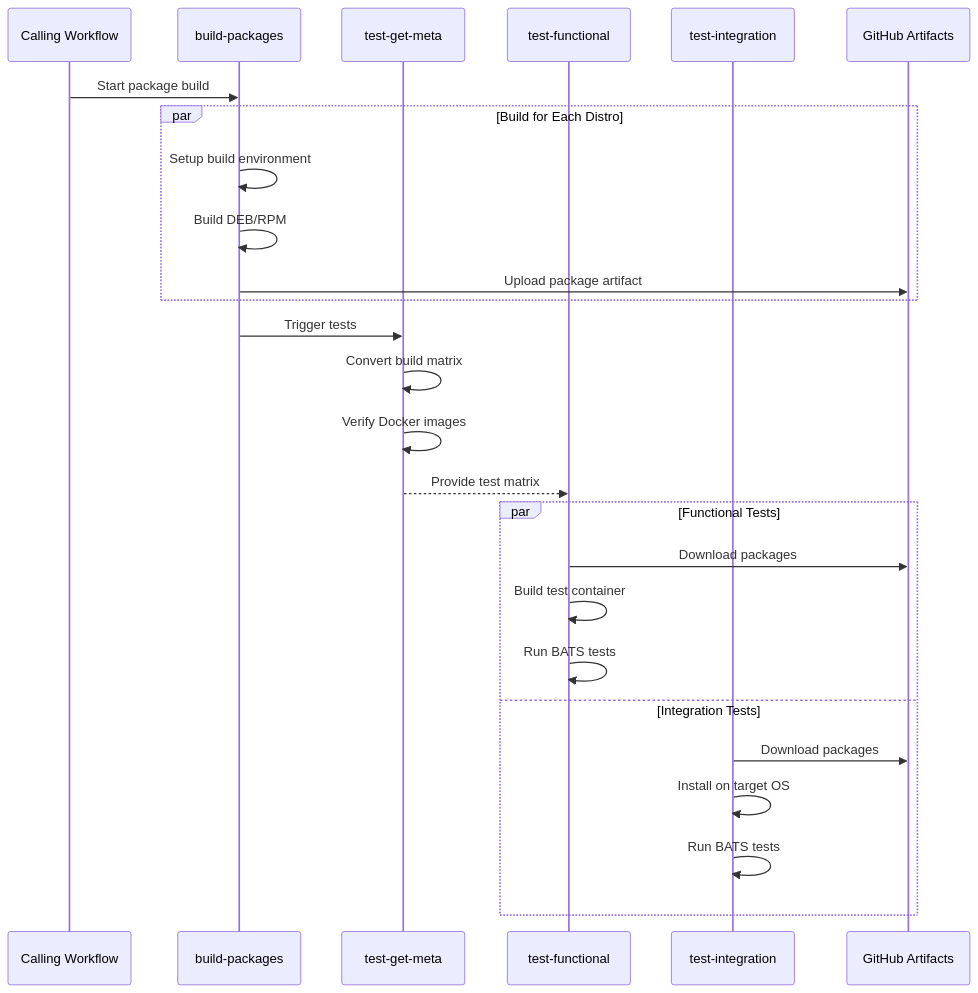
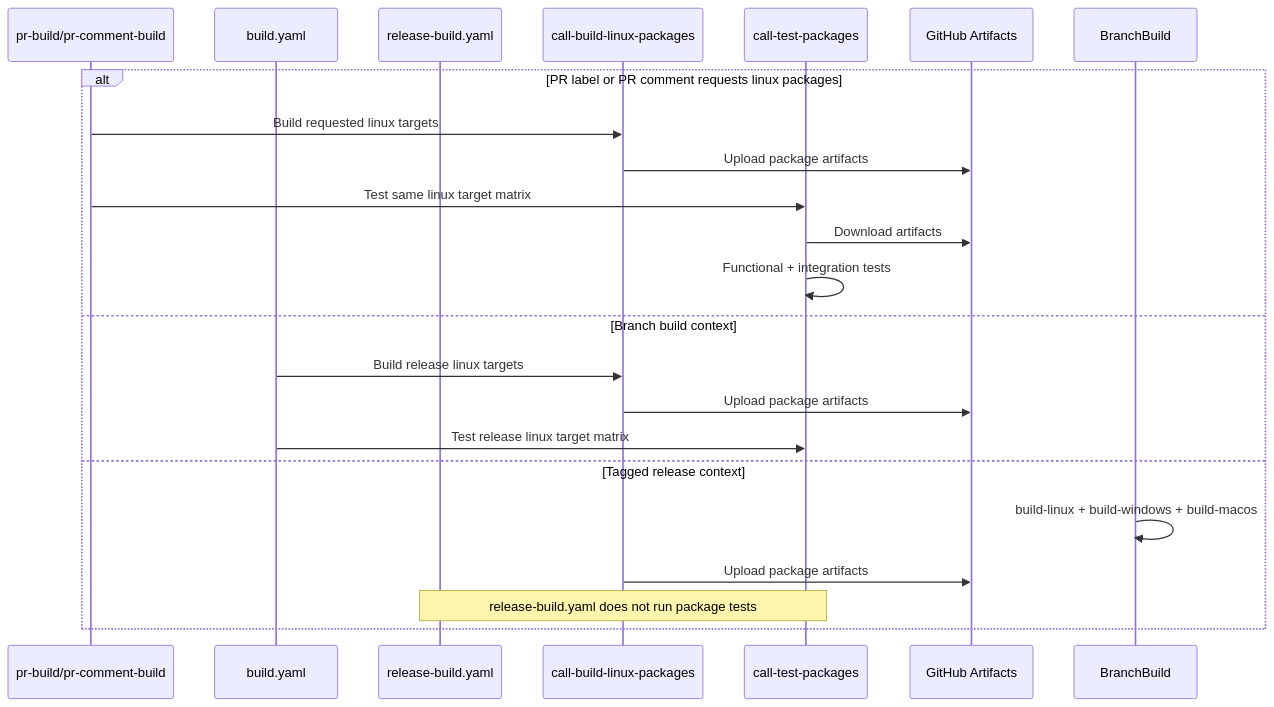
Before and after one commit to JackPGreen/agent: the third of 4 diagrams in .github/workflows/README.md, drawn with Mermaid. The commit also changed other lines of this file and 30 other files, not shown here.

````diff
--- a/.github/workflows/README.md
+++ b/.github/workflows/README.md
@@ -689,32 +1002,25 @@
 ```mermaid
 sequenceDiagram
-    participant Caller as Calling Workflow
-    participant Build as build-packages
-    participant Meta as test-get-meta
-    participant Functional as test-functional
-    participant Integration as test-integration
-    participant GH as GitHub Artifacts
+  participant PR as pr-build/pr-comment-build
+  participant Branch as build.yaml
+  participant Release as release-build.yaml
+  participant BuildLinux as call-build-linux-packages
+  participant TestPkgs as call-test-packages
+  participant Artifacts as GitHub Artifacts
 
-    Caller->>Build: Start package build
-    
-    par Build for Each Distro
-        Build->>Build: Setup build environment
-        Build->>Build: Build DEB/RPM
-        Build->>GH: Upload package artifact
-    end
-    
-    Build->>Meta: Trigger tests
-    Meta->>Meta: Convert build matrix
-    Meta->>Meta: Verify Docker images
-    Meta-->>Functional: Provide test matrix
-    
-    par Functional Tests
-        Functional->>GH: Download packages
-        Functional->>Functional: Build test container
-        Functional->>Functional: Run BATS tests
-    and Integration Tests
-        Integration->>GH: Download packages
-        Integration->>Integration: Install on target OS
-        Integration->>Integration: Run BATS tests
-    end
+  alt PR label or PR comment requests linux packages
+    PR->>BuildLinux: Build requested linux targets
+    BuildLinux->>Artifacts: Upload package artifacts
+    PR->>TestPkgs: Test same linux target matrix
+    TestPkgs->>Artifacts: Download artifacts
+    TestPkgs->>TestPkgs: Functional + integration tests
+  else Branch build context
+    Branch->>BuildLinux: Build release linux targets
+    BuildLinux->>Artifacts: Upload package artifacts
+    Branch->>TestPkgs: Test release linux target matrix
+  else Tagged release context
+    BranchBuild->>BranchBuild: build-linux + build-windows + build-macos
+    BuildLinux->>Artifacts: Upload package artifacts
+    Note over Release,TestPkgs: release-build.yaml does not run package tests
+  end
 ```
````
